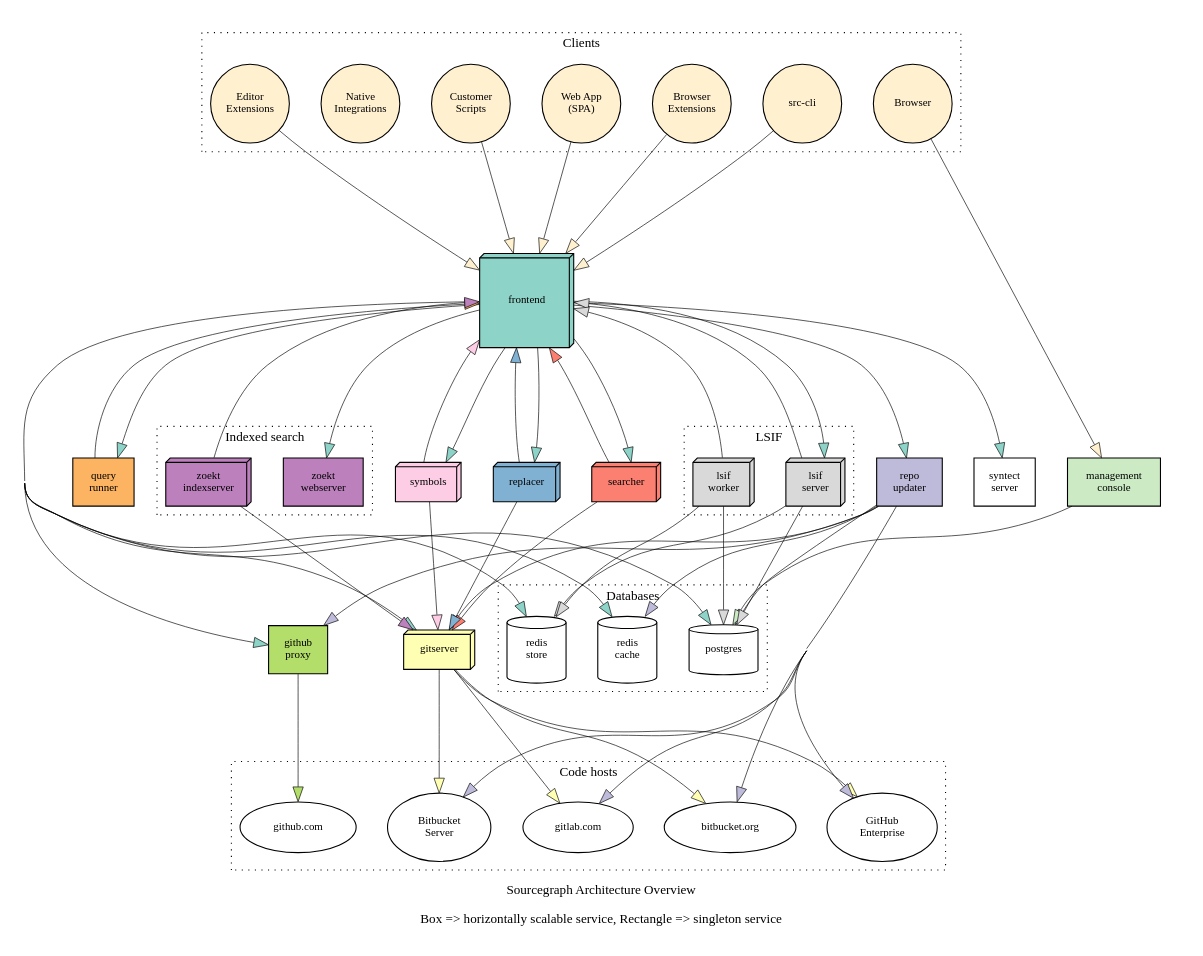
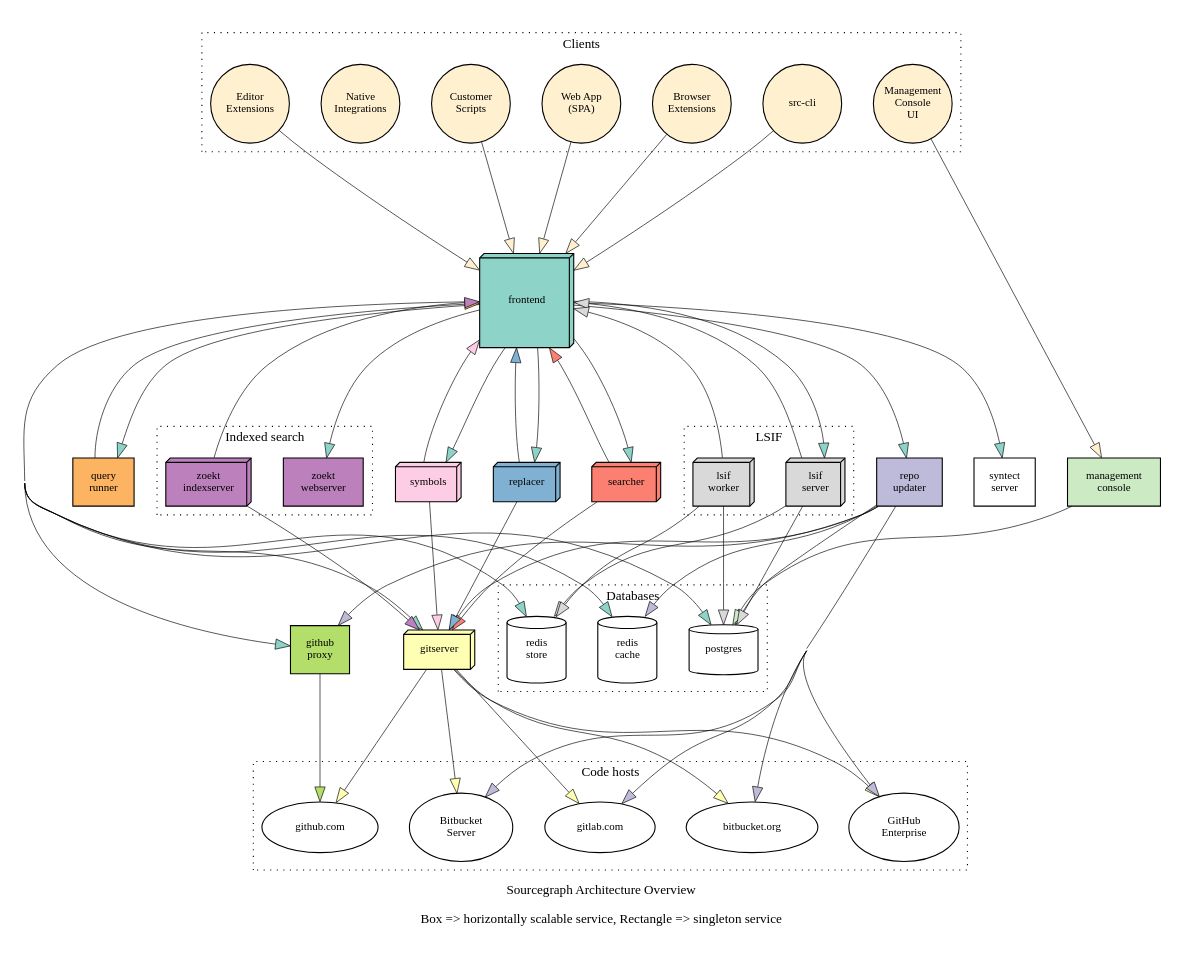
One commit to sourcegraph/sourcegraph-public-snapshot changed the diagram in doc/dev/architecture/architecture.dot. Above: the diagram before and after it, drawn with Graphviz. The commit also changed 1 other file, not shown here.

Commit message:
doc: Architecture diagram fixes

```diff
--- a/doc/dev/architecture/architecture.dot
+++ b/doc/dev/architecture/architecture.dot
@@ -166,7 +166,7 @@
         customer_scripts [label="Customer\nScripts"]
         editor_ext [label="Editor\nExtensions"]
         native_integrations [label="Native\nIntegrations"]
-        browser [label="Browser"]
+        management_console_ui [label="Management\nConsole\nUI"]
     }
 
     frontend -> {
@@ -246,6 +246,7 @@
     gitserver -> {
         github_enterprise
         gitlab_dot_com
+        github_dot_com
         bitbucket_server
         bitbucket_cloud
     } [
@@ -266,6 +267,6 @@
         src_cli -> frontend
         editor_ext -> frontend
         customer_scripts -> frontend
-        browser -> management_console
+        management_console_ui -> management_console
     }
 }
```
